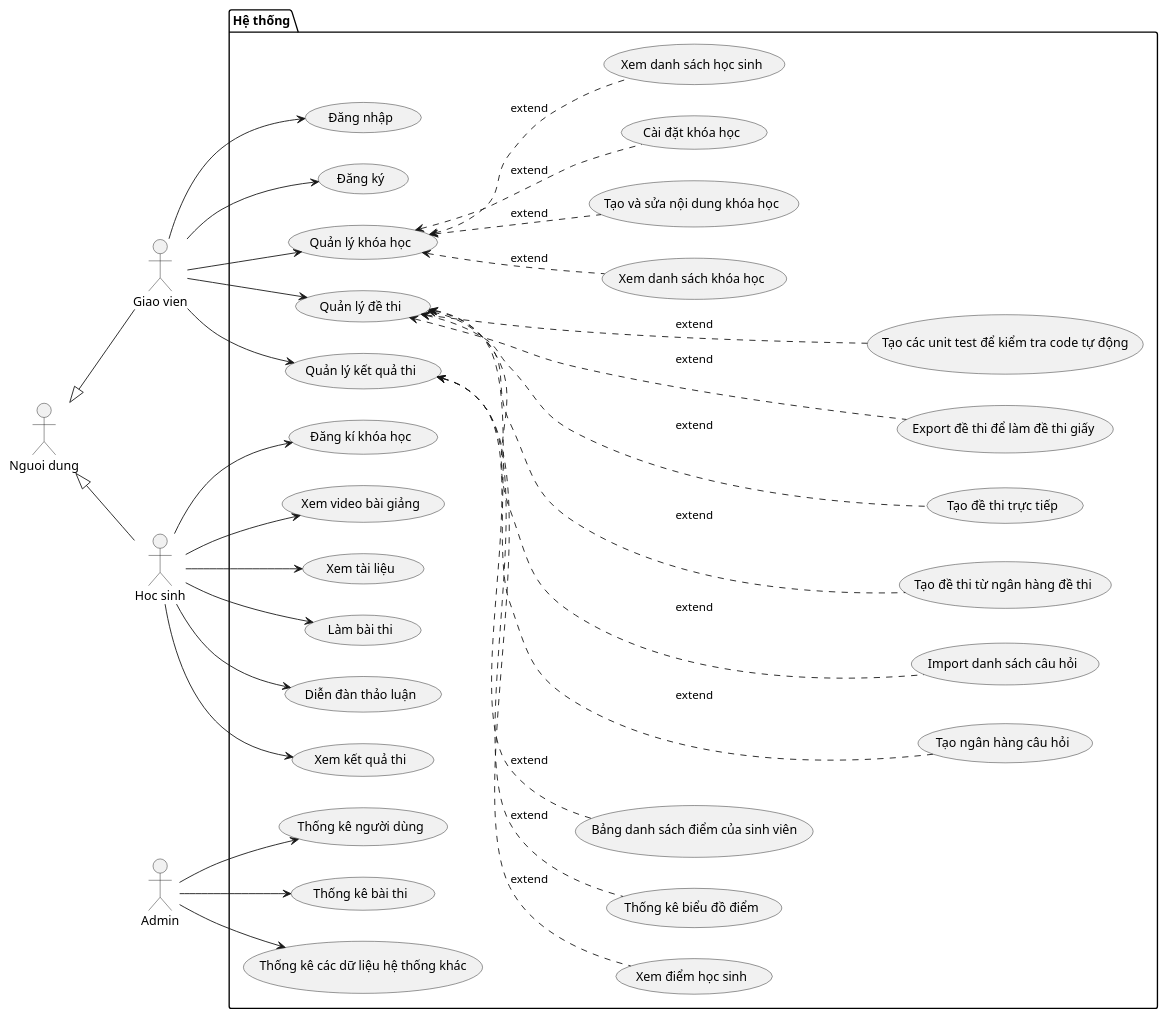
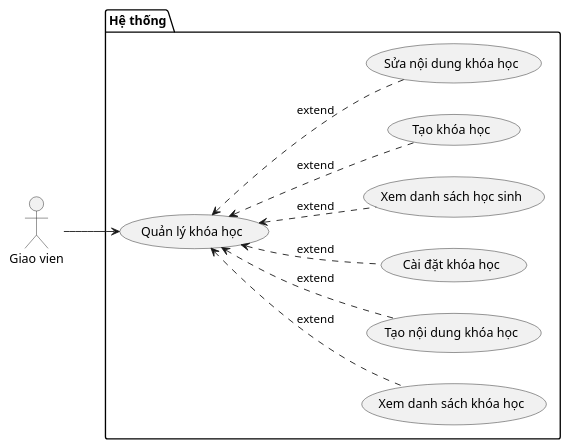
One commit to PhamCongMinh/DATN changed the diagram in backend/design/usecase/usecase.puml. Above: the diagram before and after it, drawn with PlantUML. The commit also changed 2 other files, not shown here.

Commit message:
feat: create diagram

```diff
--- a/backend/design/usecase/usecase.puml
+++ b/backend/design/usecase/usecase.puml
@@ -1,85 +1,122 @@
 @startuml
 left to right direction
     package "Hệ thống" {
-        (Đăng nhập) as (UC1)
-        (Đăng ký) as (UC2)
+'        (Đăng nhập) as (UC1)
+'        (Đăng ký) as (UC2)
 
         (Quản lý khóa học) as (UC25)
         (Xem danh sách khóa học) as (UC3)
-        (Tạo và sửa nội dung khóa học) as (UC4)
+        (Tạo nội dung khóa học) as (UC4)
         (Cài đặt khóa học) as (UC5)
         (Xem danh sách học sinh) as (UC6)
+        (Tạo khóa học) as (UC80)
+         (Sửa nội dung khóa học) as (UC81)
 
-        (Quản lý đề thi) as (UC26)
-        (Tạo ngân hàng câu hỏi) as (UC8)
-        (Import danh sách câu hỏi) as (UC9)
-        (Tạo đề thi từ ngân hàng đề thi) as (UC10)
-        (Tạo đề thi trực tiếp) as (UC11)
-        (Export đề thi để làm đề thi giấy) as (UC12)
-        (Tạo các unit test để kiểm tra code tự động) as (UC13)
+'        (Quản lý đề thi) as (UC26)
+'        (Tạo đề thi từ ngân hàng câu hỏi ) as (UC30)
+'        (Chỉnh sửa đề thi) as (UC31)
+'        (Xóa đề thi) as (UC32)
+'        (Xem danh sách đề thi) as (UC33)
+'        (Tạo ngân hàng câu hỏi) as (UC8)
+'        (Import danh sách câu hỏi) as (UC9)
+'        (Tạo đề thi từ ngân hàng đề thi) as (UC10)
 
-        (Quản lý kết quả thi) as (UC27)
-        (Xem điểm học sinh) as (UC7)
-        (Thống kê biểu đồ điểm) as (UC14)
-        (Bảng danh sách điểm của sinh viên) as (UC15)
+'        (Quản lý ngân hàng câu hỏi) as (UC11)
+'        (Tạo câu hỏi) as (UC40)
+'        (Chỉnh sửa câu hỏi) as (UC41)
+'        (Xóa câu hỏi) as (UC42)
+'        (Xem danh sách câu hỏi) as (UC43)
+'        (Import danh sách câu hỏi bằng AI) as (UC44)
+'        (Export đề thi để làm đề thi giấy) as (UC12)
+'        (Tạo các unit test để kiểm tra code tự động) as (UC13)
 
-        (Đăng kí khóa học) as (UC16)
-        (Xem video bài giảng) as (UC17)
-        (Xem tài liệu) as (UC18)
-        (Làm bài thi) as (UC19)
-        (Diễn đàn thảo luận) as (UC20)
-        (Xem kết quả thi) as (UC21)
+'        (Quản lý kết quả thi) as (UC27)
+'        (Thống kê biểu đồ điểm) as (UC14)
+'        (Danh sách điểm của học sinh ) as (UC15)
 
-        (Thống kê người dùng) as (UC22)
-        (Thống kê bài thi) as (UC23)
-        (Thống kê các dữ liệu hệ thống khác) as (UC24)
+'        (Đăng kí khóa học) as (UC16)
+'        (Xem và học nội dung khóa học ) as (UC17)
+'        (Xem tài liệu) as (UC18)
+'        (Làm bài thi) as (UC19)
+'        (Diễn đàn thảo luận) as (UC20)
+'        (Xem kết quả thi) as (UC21)
+'        (Đăng kí cuộc thi) as (UC70)
+'
+'        (Thống kê người dùng) as (UC22)
+'        (Thống kê bài thi) as (UC23)
+'        (Thống kê các dữ liệu hệ thống) as (UC24)
+'
+'         (Quản lý cuộc thi) as (UC60)
+'         (Tạo cuộc thi) as (UC61)
+'         (Xem danh sách cuộc thi) as (UC62)
+'         (Xem danh sách đăng ký cuộc thi) as (UC63)
+'         (Thêm đề thi vào cuộc thi) as (UC64)
     }
 
-    actor "Nguoi dung" as ND
+'    actor "Nguoi dung" as ND
     actor "Giao vien" as GV
-    actor "Hoc sinh" as HS
-    actor "Admin" as AD
+'    actor "Hoc sinh" as HS
+'    actor "Admin" as AD
 
-    ND <|-- GV
-    ND <|-- HS
-
-    GV --> (UC1)
-    GV --> (UC2)
-
+'    ND <|-- HS
+'    ND <|-- GV
+'    ND <|-- AD
+'
+'    HS --> (UC16)
+'    HS --> (UC17)
+''    HS --> (UC18)
+'    HS --> (UC19)
+'    HS --> (UC20)
+'    HS --> (UC21)
+'    HS --> (UC70)
+'
+'    HS --> (UC1)
+'    HS --> (UC2)
+'
+'    GV --> (UC1)
+'    GV --> (UC2)
+'
     GV --> (UC25)
     (UC25) <.. (UC3): extend
     (UC25) <.. (UC4): extend
     (UC25) <.. (UC5): extend
     (UC25) <.. (UC6): extend
+    (UC25) <.. (UC80): extend
+    (UC25) <.. (UC81): extend
 
-    GV --> (UC26)
-    (UC26) <... (UC8): extend
-    (UC26) <... (UC9): extend
-    (UC26) <... (UC10): extend
-    (UC26) <... (UC11): extend
-    (UC26) <... (UC12): extend
-    (UC26) <... (UC13): extend
+'    GV --> (UC26)
+''    (UC26) <... (UC8): extend
+''    (UC26) <... (UC30): extend
+''    (UC26) <... (UC31): extend
+''    (UC26) <... (UC32): extend
+''    (UC26) <... (UC33): extend
+'
+'
+'    GV -->  (UC11)
+''    (UC26) <... (UC9): extend
+''    (UC26) <... (UC10): extend
+''    (UC11) <... (UC40): extend
+''    (UC11) <... (UC41): extend
+''    (UC11) <... (UC42): extend
+''    (UC11) <... (UC43): extend
+''    (UC11) <... (UC44): extend
+''
+'
+'    GV --> (UC27)
+'    (UC27) <.. (UC7): extend
+'    (UC27) <.. (UC14): extend
+'    (UC27) <.. (UC15): extend
+'
+'    GV --> (UC60)
+''    (UC60) <.. (UC61): extend
+''    (UC60) <.. (UC62): extend
+''    (UC60) <.. (UC63): extend
+''    (UC60) <.. (UC64): extend
+'
+'
+'    AD --> (UC1)
+'    AD --> (UC22)
+'    AD --> (UC23)
+'    AD --> (UC24)
 
-
-    GV --> (UC27)
-    (UC27) <.. (UC7): extend
-    (UC27) <.. (UC14): extend
-    (UC27) <.. (UC15): extend
-
-    HS --> (UC16)
-    HS --> (UC17)
-    HS --> (UC18)
-    HS --> (UC19)
-    HS --> (UC20)
-    HS --> (UC21)
-
-    AD --> (UC22)
-    AD --> (UC23)
-    AD --> (UC24)
-
-
-'    :Khach hang:-->(Xem danh sach san pham)
-'    :Khach hang:->(Dang ky khach hang)
-'    (Tinh tien)..>(Nhap thong tin thanh toan):include
-'    (Dua san pham vao gio hang)..>(Xem danh sach san pham):extend
 @enduml
```
